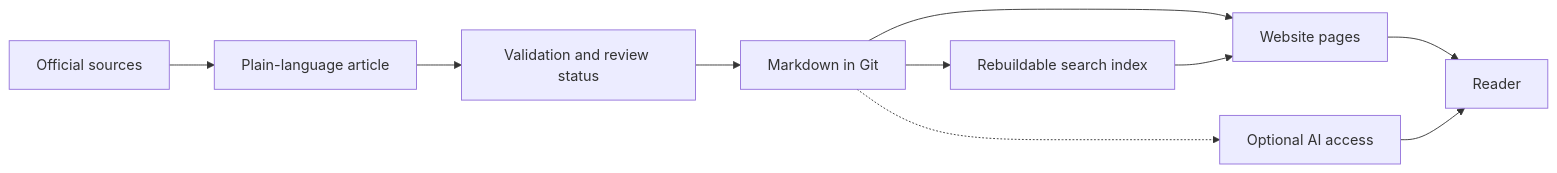
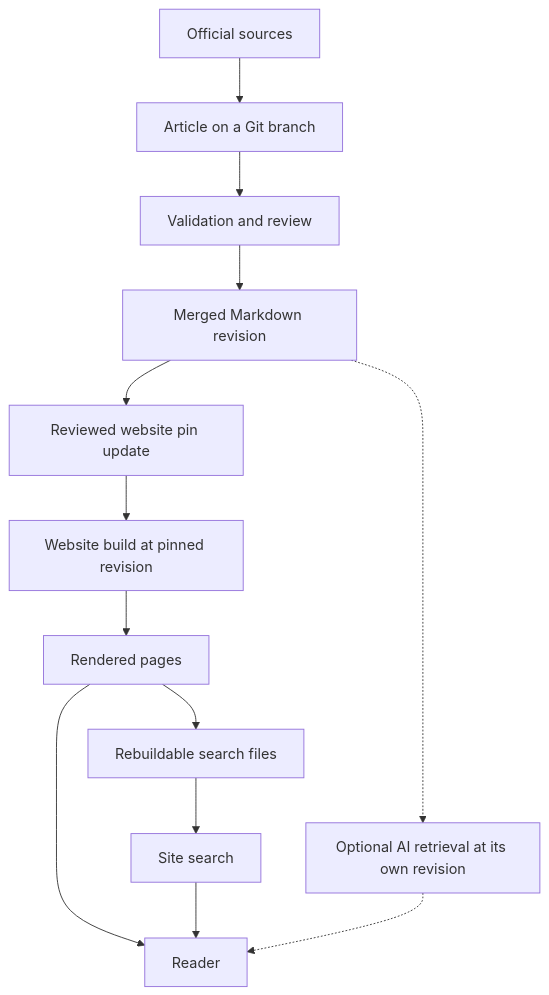
Before and after one commit to David-A18/MY-humble-knowledge-for-everyone: the diagram in knowledge/ai/ai-tooling/knowledge-bases-creation-management-and-optimization.md, drawn with Mermaid. The commit also changed other lines of this file and 7 other files, not shown here.

````diff
--- a/knowledge/ai/ai-tooling/knowledge-bases-creation-management-and-optimization.md
+++ b/knowledge/ai/ai-tooling/knowledge-bases-creation-management-and-optimization.md
@@ -56,12 +57,15 @@
 ```mermaid
-flowchart LR
-  sources["Official sources"] --> author["Plain-language article"]
-  author --> review["Validation and review status"]
-  review --> git["Markdown in Git"]
-  git --> site["Website pages"]
-  git --> search["Rebuildable search index"]
-  search --> site
-  git -.-> mcp["Optional AI access"]
-  site --> reader["Reader"]
-  mcp --> reader
+flowchart TB
+  sources["Official sources"] --> draft["Article on a Git branch"]
+  draft --> review["Validation and review"]
+  review --> merge["Merged Markdown revision"]
+  merge --> pin["Reviewed website pin update"]
+  pin --> build["Website build at pinned revision"]
+  build --> pages["Rendered pages"]
+  pages --> search["Rebuildable search files"]
+  pages --> reader["Reader"]
+  search --> searchui["Site search"]
+  searchui --> reader
+  merge -.-> ai["Optional AI retrieval at its own revision"]
+  ai -.-> reader
 ```
````
